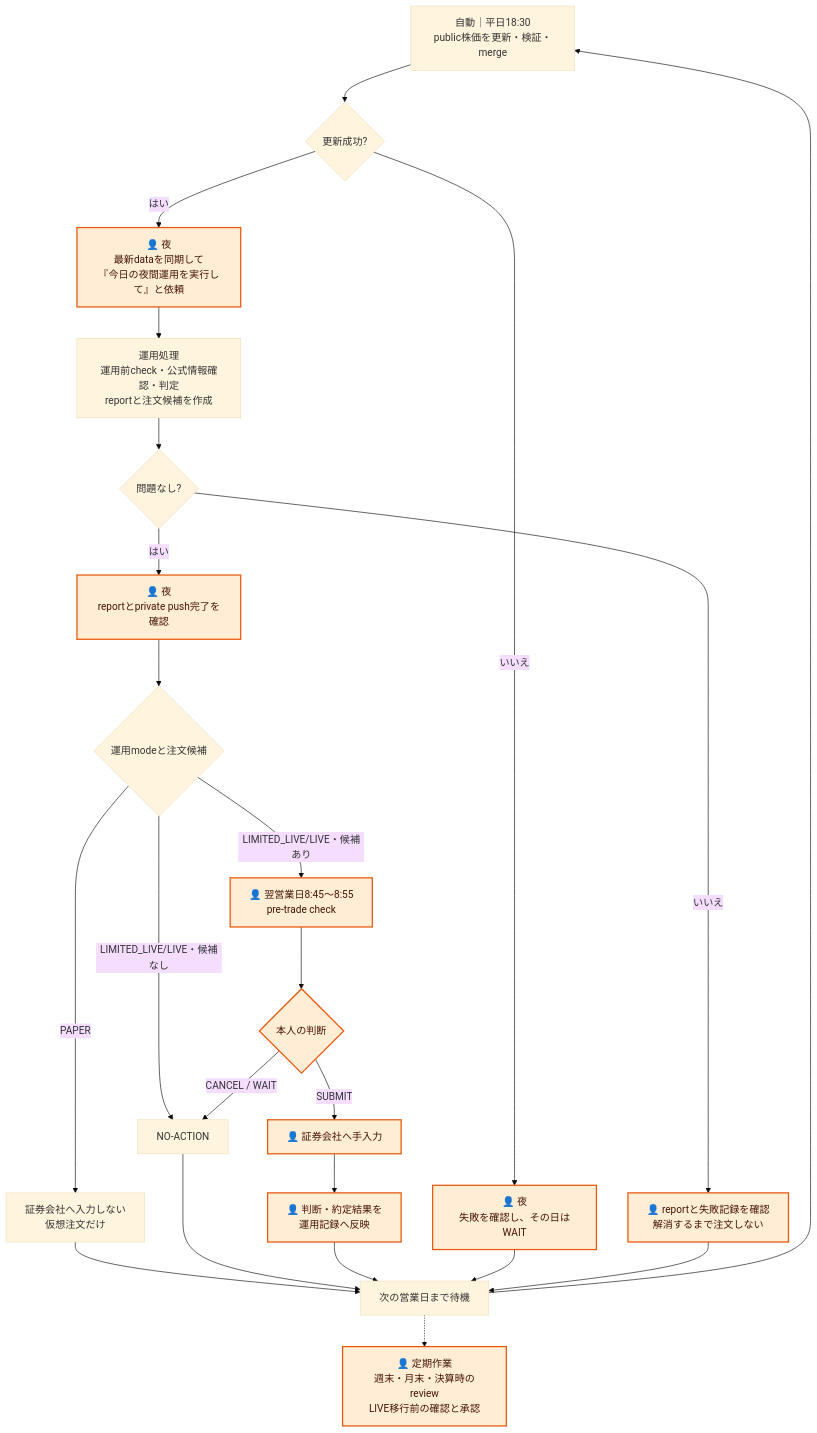
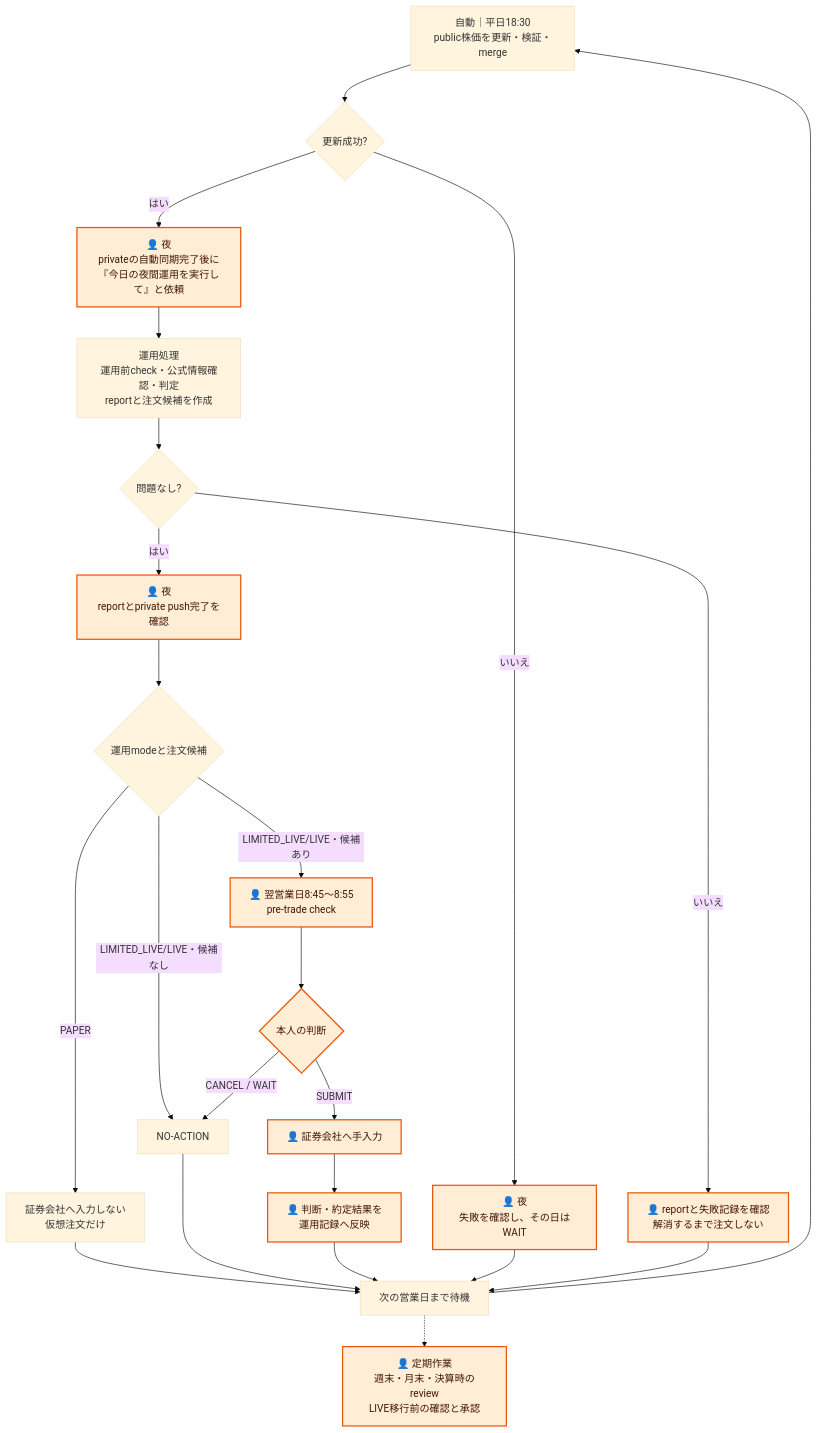
Before and after one commit to kkyosuke/stock.jp.private: the diagram in README.md, drawn with Mermaid (base theme). The commit also changed other lines of this file and 16 other files, not shown here.

```diff
--- a/README.md
+++ b/README.md
@@ -54,28 +59,28 @@
 ~~~mermaid
 flowchart TD
     A["自動｜平日18:30<br/>public株価を更新・検証・merge"] --> B{"更新成功?"}
     B -->|"いいえ"| STOP["👤 夜<br/>失敗を確認し、その日はWAIT"]
-    B -->|"はい"| C["👤 夜<br/>最新dataを同期して<br/>『今日の夜間運用を実行して』と依頼"]
+    B -->|"はい"| C["👤 夜<br/>privateの自動同期完了後に<br/>『今日の夜間運用を実行して』と依頼"]
     C --> D["運用処理<br/>運用前check・公式情報確認・判定<br/>reportと注文候補を作成"]
     D --> E{"問題なし?"}
     E -->|"いいえ"| WAIT["👤 reportと失敗記録を確認<br/>解消するまで注文しない"]
     E -->|"はい"| F["👤 夜<br/>reportとprivate push完了を確認"]
     F --> G{"運用modeと注文候補"}
     G -->|"PAPER"| P["証券会社へ入力しない<br/>仮想注文だけ"]
     G -->|"LIMITED_LIVE/LIVE・候補なし"| Q["NO-ACTION"]
     G -->|"LIMITED_LIVE/LIVE・候補あり"| H["👤 翌営業日8:45〜8:55<br/>pre-trade check"]
     H --> I{"本人の判断"}
     I -->|"SUBMIT"| J["👤 証券会社へ手入力"]
     I -->|"CANCEL / WAIT"| Q
     J --> K["👤 判断・約定結果を<br/>運用記録へ反映"]
     P --> L["次の営業日まで待機"]
     Q --> L
     K --> L
     STOP --> L
     WAIT --> L
     L --> A
     L -.-> M["👤 定期作業<br/>週末・月末・決算時のreview<br/>LIVE移行前の確認と承認"]
 
     classDef human fill:#ffedd5,stroke:#ea580c,stroke-width:2px,color:#431407
     class STOP,C,WAIT,F,H,I,J,K,M human
 ~~~
```
